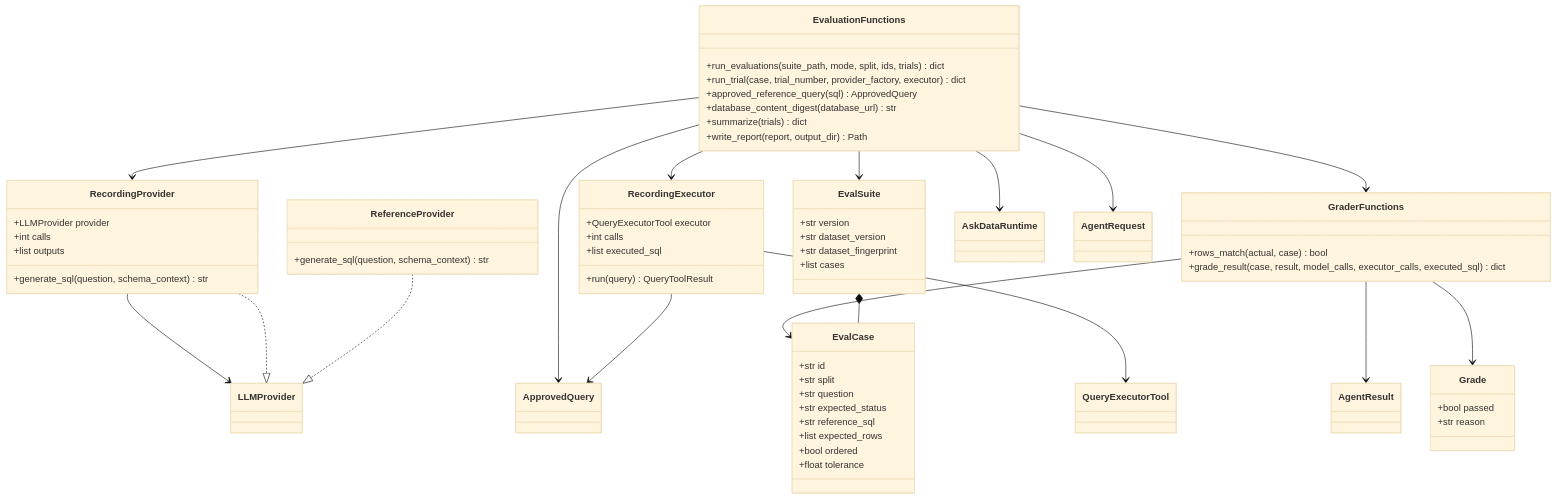
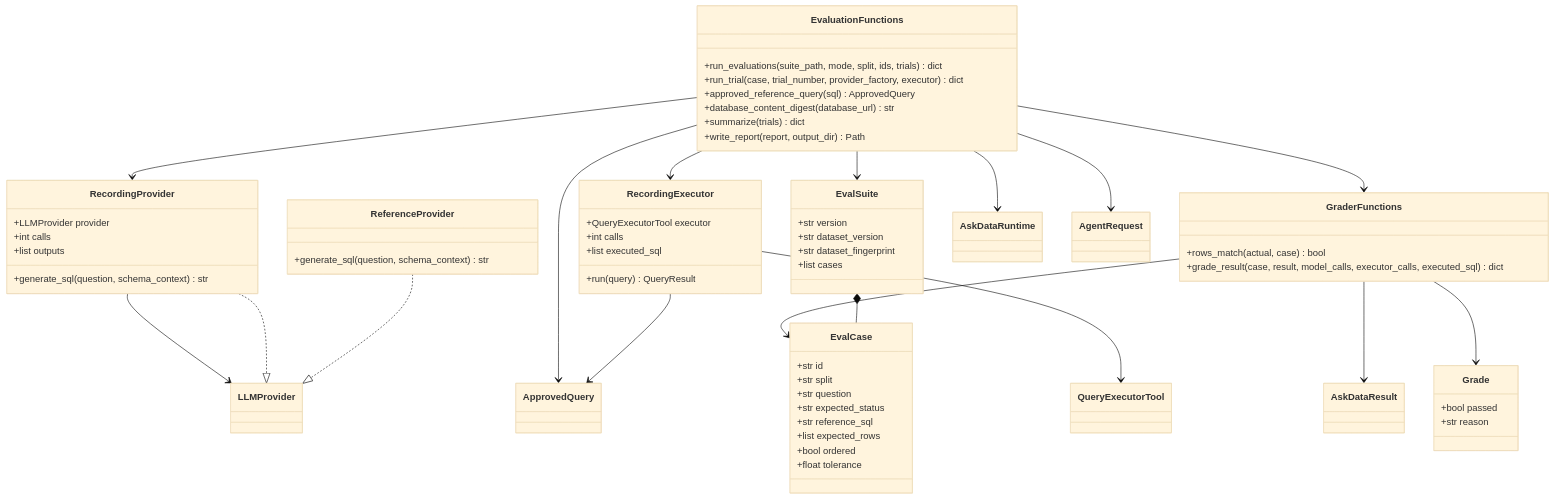
Before and after one commit to arpan-artisan/QueryForge: the seventh of 8 diagrams in docs/architecture-diagrams.md, drawn with Mermaid (base theme). The commit also changed other lines of this file and 31 other files, not shown here.

Commit message:
Simplify Ask Data architecture

````diff
--- a/docs/architecture-diagrams.md
+++ b/docs/architecture-diagrams.md
@@ -582,66 +555,66 @@
 ```mermaid
 classDiagram
     class EvalSuite {
         +str version
         +str dataset_version
         +str dataset_fingerprint
         +list cases
     }
     class EvalCase {
         +str id
         +str split
         +str question
         +str expected_status
         +str reference_sql
         +list expected_rows
         +bool ordered
         +float tolerance
     }
     class Grade {
         +bool passed
         +str reason
     }
     class ReferenceProvider {
         +generate_sql(question, schema_context) str
     }
     class RecordingProvider {
         +LLMProvider provider
         +int calls
         +list outputs
         +generate_sql(question, schema_context) str
     }
     class RecordingExecutor {
         +QueryExecutorTool executor
         +int calls
         +list executed_sql
-        +run(query) QueryToolResult
+        +run(query) QueryResult
     }
     class EvaluationFunctions {
         +run_evaluations(suite_path, mode, split, ids, trials) dict
         +run_trial(case, trial_number, provider_factory, executor) dict
         +approved_reference_query(sql) ApprovedQuery
         +database_content_digest(database_url) str
         +summarize(trials) dict
         +write_report(report, output_dir) Path
     }
     class GraderFunctions {
         +rows_match(actual, case) bool
         +grade_result(case, result, model_calls, executor_calls, executed_sql) dict
     }
     EvalSuite *-- EvalCase
     ReferenceProvider ..|> LLMProvider
     RecordingProvider ..|> LLMProvider
     RecordingProvider --> LLMProvider
     RecordingExecutor --> ApprovedQuery
     RecordingExecutor --> QueryExecutorTool
     EvaluationFunctions --> EvalSuite
     EvaluationFunctions --> AskDataRuntime
     EvaluationFunctions --> AgentRequest
     EvaluationFunctions --> ApprovedQuery
     EvaluationFunctions --> RecordingProvider
     EvaluationFunctions --> RecordingExecutor
     EvaluationFunctions --> GraderFunctions
-    GraderFunctions --> AgentResult
+    GraderFunctions --> AskDataResult
     GraderFunctions --> EvalCase
     GraderFunctions --> Grade
 ```
````
